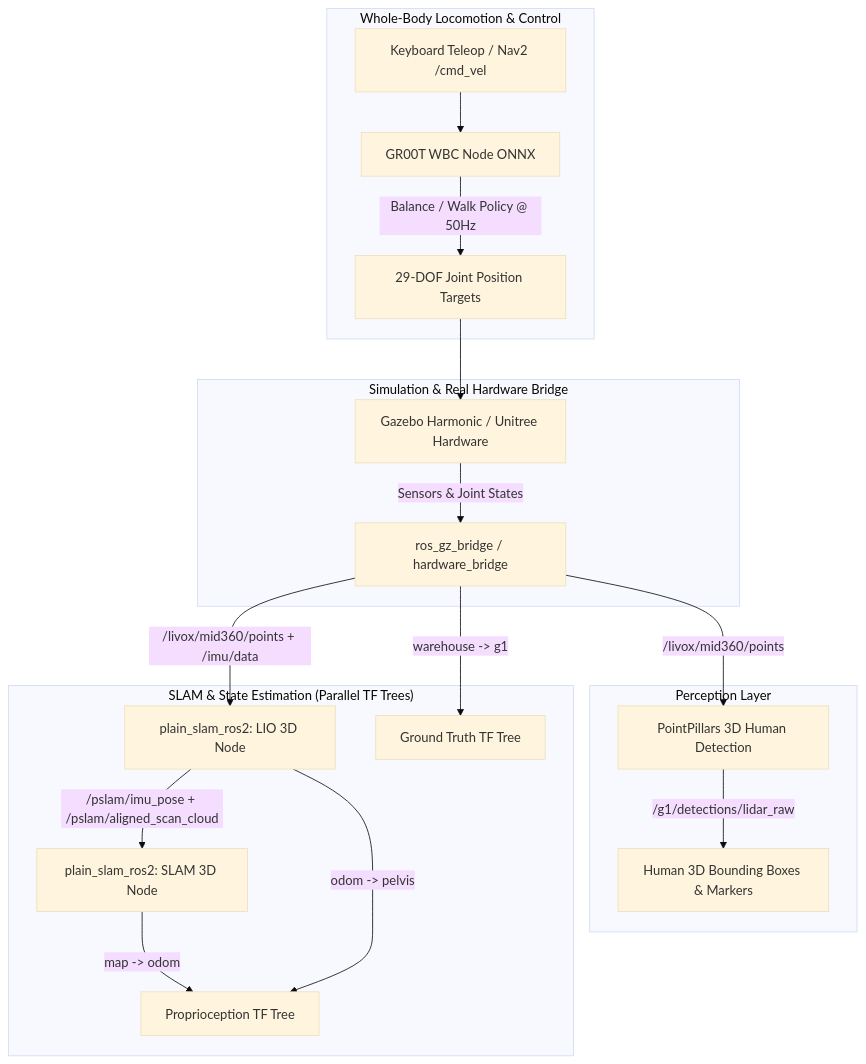
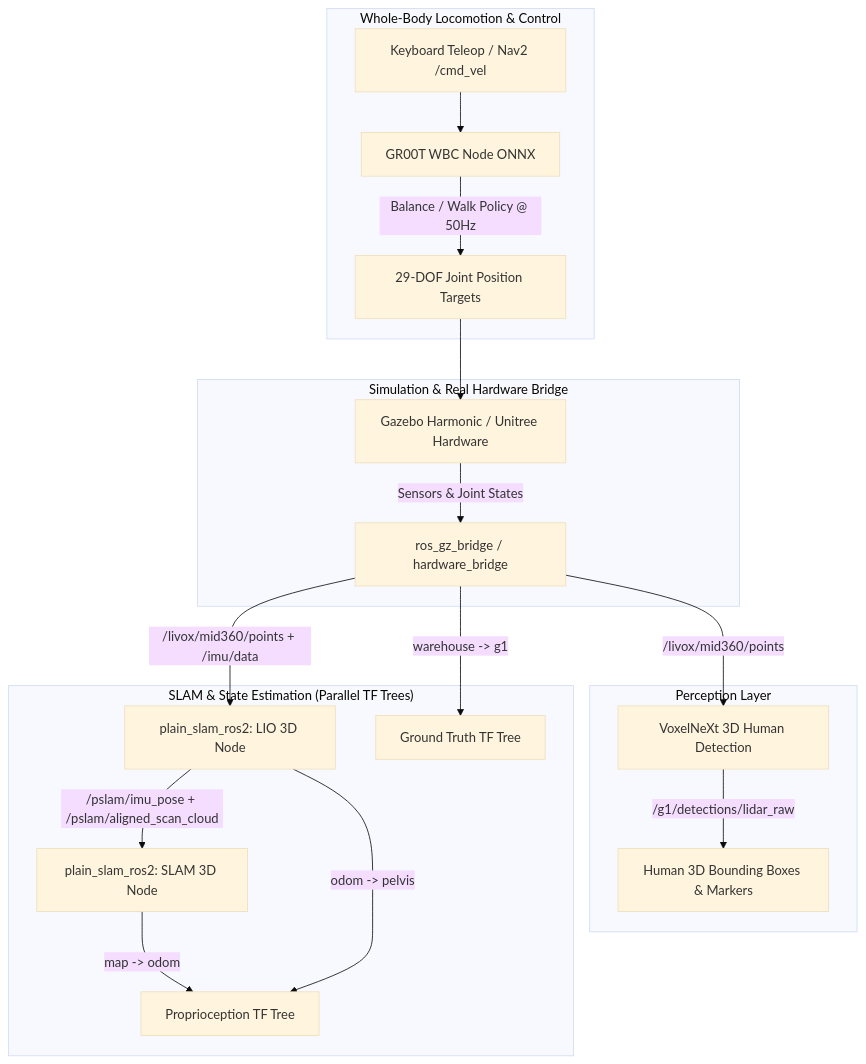
One commit to thdhyan/g1_perception_ws changed the diagram in TASKS.md. Above: the diagram before and after it, drawn with Mermaid (base theme). The commit also changed other lines of this file and 116 other files, not shown here.

First line of the commit message:
Migrate perception stack to VoxelNeXt, add ReID pipeline, drop CenterPoint/PointPillar

````diff
--- a/TASKS.md
+++ b/TASKS.md
@@ -9,25 +9,25 @@
 ```mermaid
 graph TD
     subgraph "Simulation & Real Hardware Bridge"
         GZ[Gazebo Harmonic / Unitree Hardware] -->|Sensors & Joint States| GZ_BRIDGE[ros_gz_bridge / hardware_bridge]
     end
 
     subgraph "Perception Layer"
-        GZ_BRIDGE -->|/livox/mid360/points| PP[PointPillars 3D Human Detection]
+        GZ_BRIDGE -->|/livox/mid360/points| PP[VoxelNeXt 3D Human Detection]
         PP -->|/g1/detections/lidar_raw| DET_PUB[Human 3D Bounding Boxes & Markers]
     end
 
     subgraph "SLAM & State Estimation (Parallel TF Trees)"
         GZ_BRIDGE -->|/livox/mid360/points + /imu/data| LIO[plain_slam_ros2: LIO 3D Node]
         LIO -->|/pslam/imu_pose + /pslam/aligned_scan_cloud| SLAM[plain_slam_ros2: SLAM 3D Node]
         SLAM -->|map -> odom| TF_TREE[Proprioception TF Tree]
         LIO -->|odom -> pelvis| TF_TREE
         GZ_BRIDGE -->|warehouse -> g1| GT_TREE[Ground Truth TF Tree]
     end
 
     subgraph "Whole-Body Locomotion & Control"
         CMD_VEL[Keyboard Teleop / Nav2 /cmd_vel] --> WBC[GR00T WBC Node ONNX]
         WBC -->|Balance / Walk Policy @ 50Hz| JOINT_TARGETS[29-DOF Joint Position Targets]
         JOINT_TARGETS --> GZ
     end
 ```
````
